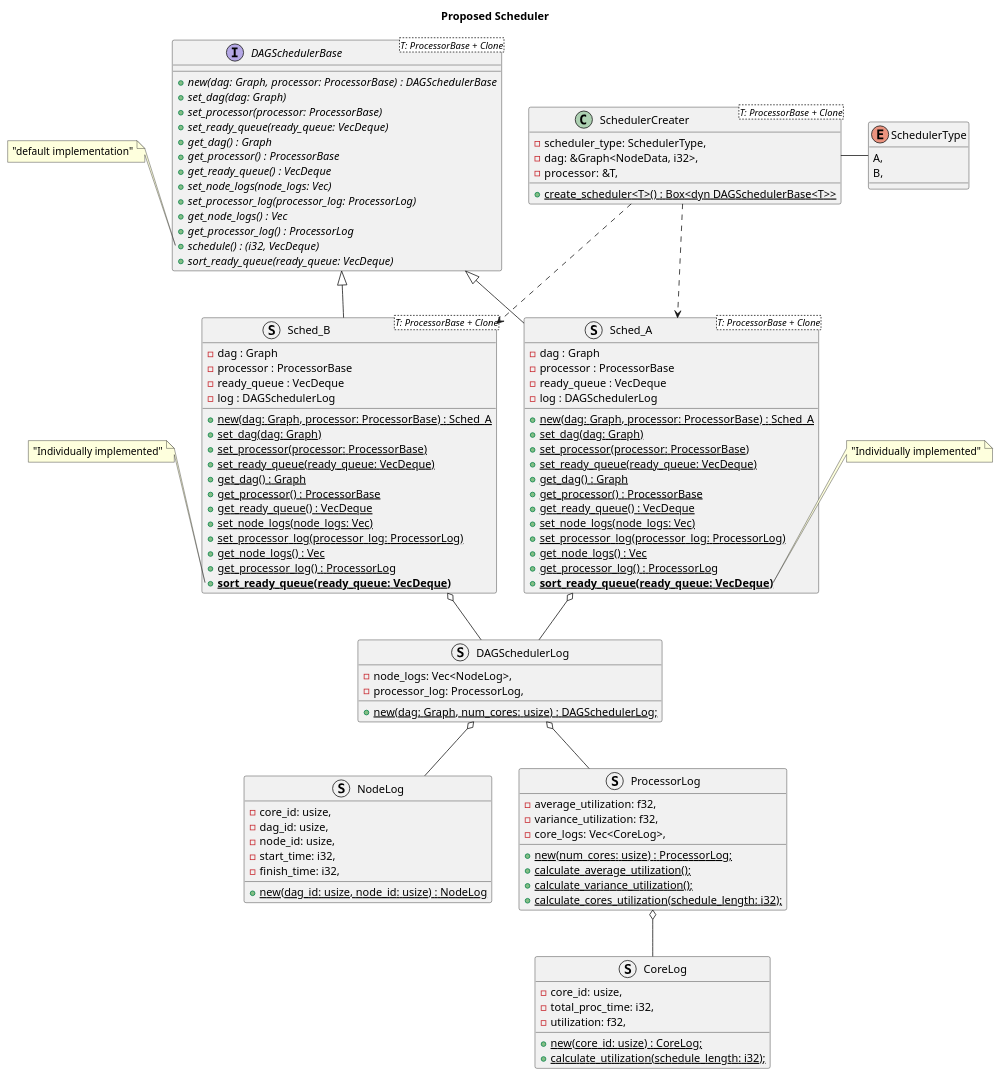
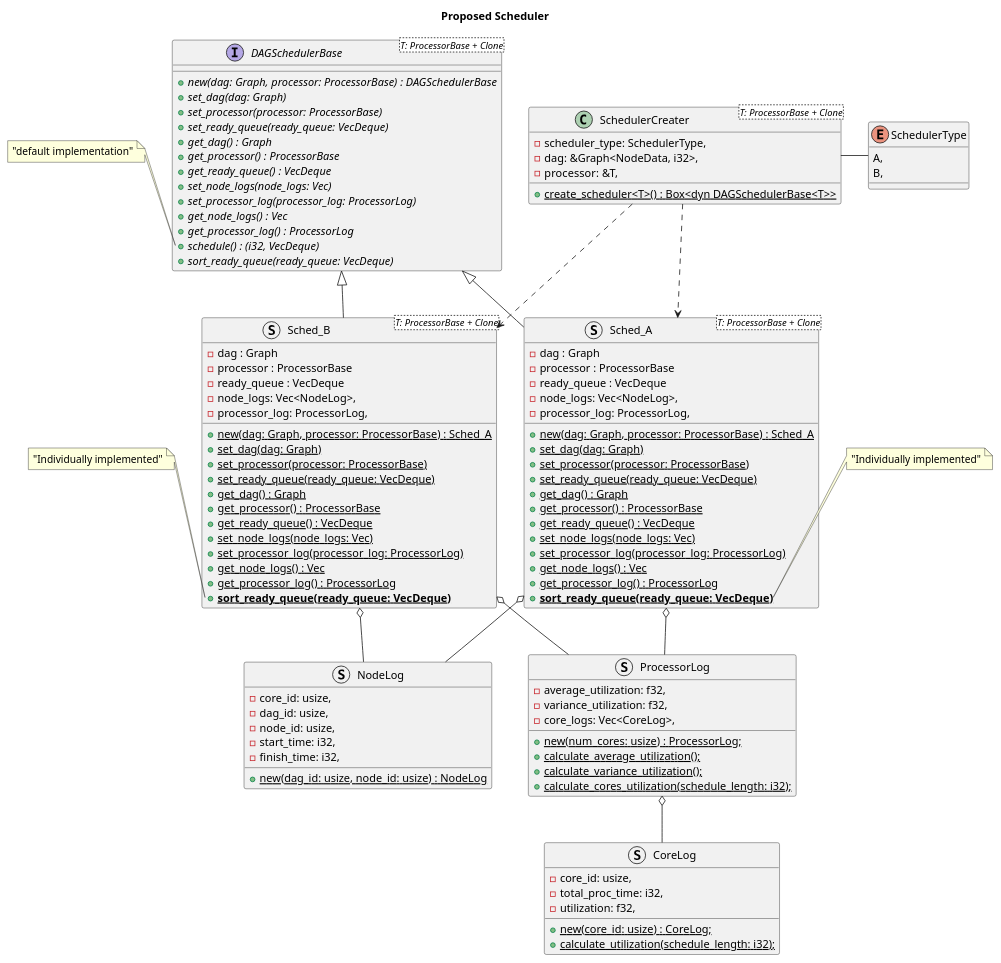
Before and after one commit to emb4-team/sched_sim_rust: the diagram in UML/propose_shced.pu, drawn with PlantUML. The commit also changed 1 other file, not shown here.

Commit message:
refactor: deleted DAGSchedulerLog

```diff
--- a/UML/propose_shced.pu
+++ b/UML/propose_shced.pu
@@ -1,135 +1,129 @@
 @startuml proposed_sched
 title Proposed Scheduler
 
     interface DAGSchedulerBase<T: ProcessorBase + Clone> {
         + {abstract} new(dag: Graph, processor: ProcessorBase) : DAGSchedulerBase
         + {abstract} set_dag(dag: Graph)
         + {abstract} set_processor(processor: ProcessorBase)
         + {abstract} set_ready_queue(ready_queue: VecDeque)
         + {abstract} get_dag() : Graph
         + {abstract} get_processor() : ProcessorBase
         + {abstract} get_ready_queue() : VecDeque
         + {abstract} set_node_logs(node_logs: Vec)
         + {abstract} set_processor_log(processor_log: ProcessorLog)
         + {abstract} get_node_logs() : Vec
         + {abstract} get_processor_log() : ProcessorLog
         + {abstract} schedule() : (i32, VecDeque)
         + {abstract} sort_ready_queue(ready_queue: VecDeque)
     }
 
     note left of DAGSchedulerBase::schedule
     "default implementation"
     end note
 
     class SchedulerCreater<T: ProcessorBase + Clone> {
         - scheduler_type: SchedulerType,
             - dag: &Graph<NodeData, i32>,
             - processor: &T,
         + {static} create_scheduler<T>() : Box<dyn DAGSchedulerBase<T>>
     }
 
     enum SchedulerType {
         A,
         B,
     }
 
     struct Sched_A<T: ProcessorBase + Clone> {
         - dag : Graph
         - processor : ProcessorBase
         - ready_queue : VecDeque
-        - log : DAGSchedulerLog
+        - node_logs: Vec<NodeLog>,
+        - processor_log: ProcessorLog,
         + {static} new(dag: Graph, processor: ProcessorBase) : Sched_A
         + {static} set_dag(dag: Graph)
         + {static} set_processor(processor: ProcessorBase)
         + {static} set_ready_queue(ready_queue: VecDeque)
         + {static} get_dag() : Graph
         + {static} get_processor() : ProcessorBase
         + {static} get_ready_queue() : VecDeque
         + {static} set_node_logs(node_logs: Vec)
         + {static} set_processor_log(processor_log: ProcessorLog)
         + {static} get_node_logs() : Vec
         + {static} get_processor_log() : ProcessorLog
         + **{static} sort_ready_queue(ready_queue: VecDeque)**
     }
 
     note right of Sched_A::sort_ready_queue
     "Individually implemented"
     end note
 
     struct Sched_B<T: ProcessorBase + Clone> {
         - dag : Graph
         - processor : ProcessorBase
         - ready_queue : VecDeque
-        - log : DAGSchedulerLog
+        - node_logs: Vec<NodeLog>,
+        - processor_log: ProcessorLog,
         + {static} new(dag: Graph, processor: ProcessorBase) : Sched_A
         + {static} set_dag(dag: Graph)
         + {static} set_processor(processor: ProcessorBase)
         + {static} set_ready_queue(ready_queue: VecDeque)
         + {static} get_dag() : Graph
         + {static} get_processor() : ProcessorBase
         + {static} get_ready_queue() : VecDeque
         + {static} set_node_logs(node_logs: Vec)
         + {static} set_processor_log(processor_log: ProcessorLog)
         + {static} get_node_logs() : Vec
         + {static} get_processor_log() : ProcessorLog
         + **{static} sort_ready_queue(ready_queue: VecDeque)**
     }
 
     note left of Sched_B::sort_ready_queue
     "Individually implemented"
     end note
-
-    struct DAGSchedulerLog {
-        - node_logs: Vec<NodeLog>,
-        - processor_log: ProcessorLog,
-
-        + {static} new(dag: Graph, num_cores: usize) : DAGSchedulerLog;
-    }
-
     
     struct NodeLog {
         - core_id: usize,
         - dag_id: usize,
         - node_id: usize,
         - start_time: i32,
         - finish_time: i32,
 
         + {static} new(dag_id: usize, node_id: usize) : NodeLog
     }
 
     struct ProcessorLog {
         - average_utilization: f32,
         - variance_utilization: f32,
         - core_logs: Vec<CoreLog>,
 
         + {static} new(num_cores: usize) : ProcessorLog;
         + {static} calculate_average_utilization();
         + {static} calculate_variance_utilization();
         + {static} calculate_cores_utilization(schedule_length: i32);
     }
 
     struct CoreLog {
         - core_id: usize,
         - total_proc_time: i32,
         - utilization: f32,
 
         + {static} new(core_id: usize) : CoreLog;
         + {static} calculate_utilization(schedule_length: i32);
     }  
 
     DAGSchedulerBase <|-down- Sched_A
     DAGSchedulerBase <|-down- Sched_B
-    Sched_A o-down- DAGSchedulerLog
-    Sched_B o-down- DAGSchedulerLog
+    Sched_A o-down- NodeLog
+    Sched_B o-down- NodeLog
 
-    DAGSchedulerLog o-down- NodeLog
-    DAGSchedulerLog o-down- ProcessorLog
+    Sched_A o-down- ProcessorLog
+    Sched_B o-down- ProcessorLog
     ProcessorLog o-down- CoreLog
 
     SchedulerCreater -right- SchedulerType
     SchedulerCreater .down.> Sched_A
     SchedulerCreater .down.> Sched_B
 
     DAGSchedulerBase -right[hidden]- SchedulerCreater
 
 @enduml
```
